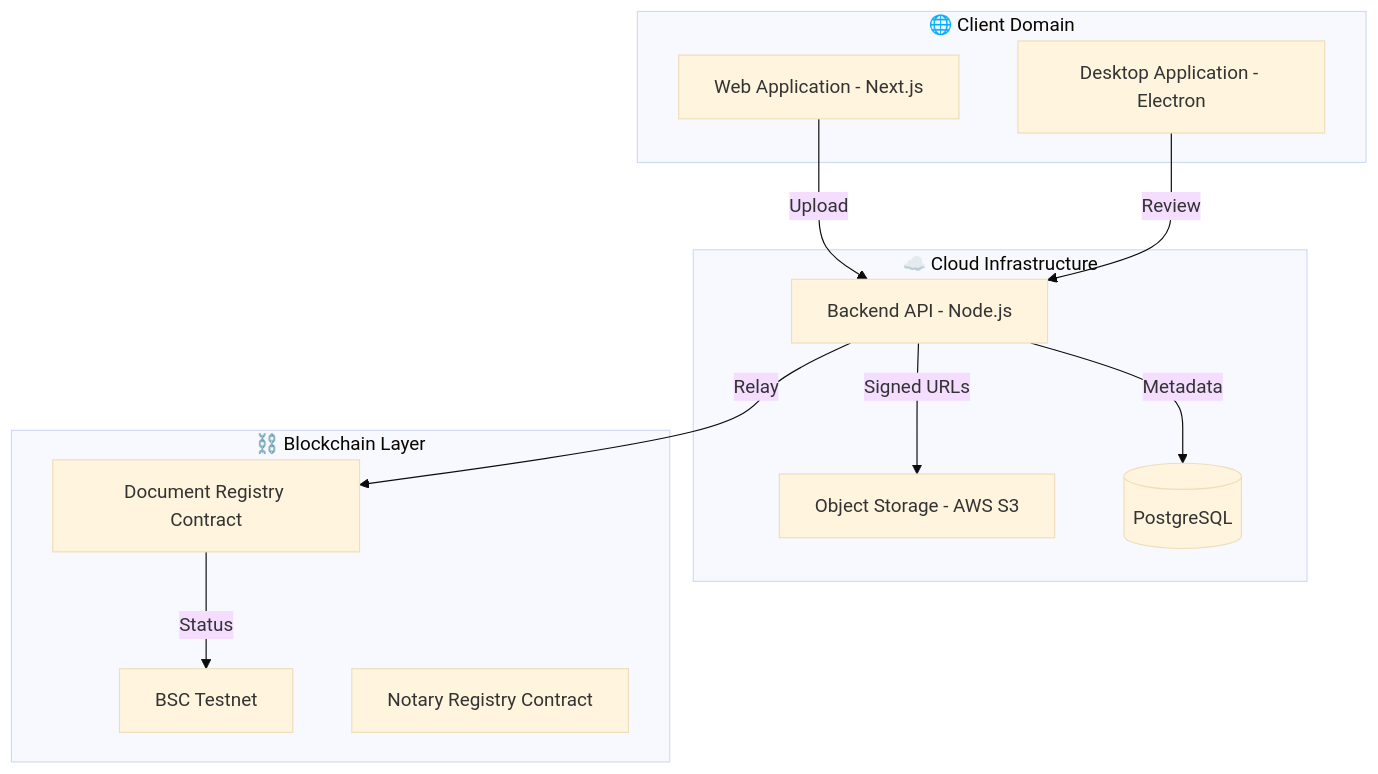
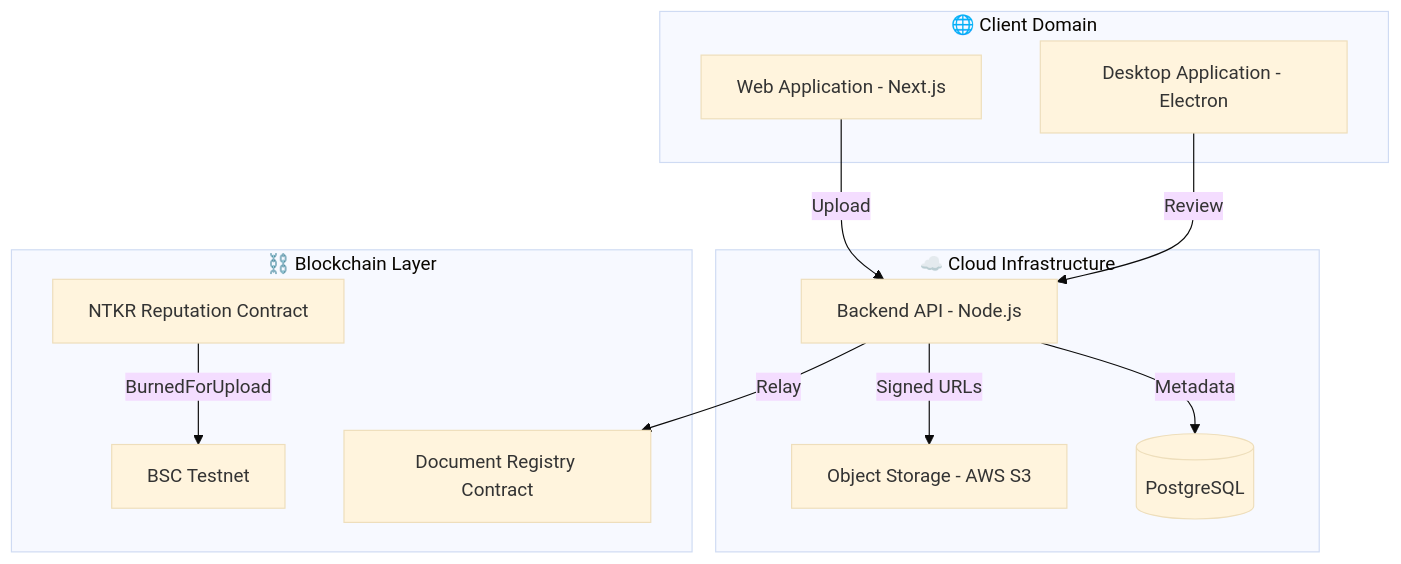
One commit to CoderShubhamMate/Block-Chain-Based-Secure-Notarization-System changed the first of 3 diagrams in README.md. Above: the diagram before and after it, drawn with Mermaid (base theme). The commit also changed other lines of this file, not shown here.

````diff
--- a/README.md
+++ b/README.md
@@ -11,26 +11,26 @@
 ```mermaid
 graph TD
     subgraph "🌐 Client Domain"
         Web[Web Application - Next.js]
         Desktop[Desktop Application - Electron]
     end
 
     subgraph "☁️ Cloud Infrastructure"
         API[Backend API - Node.js]
         S3[Object Storage - AWS S3]
         DB[(PostgreSQL)]
     end
 
     subgraph "⛓️ Blockchain Layer"
         BC[BSC Testnet]
         Registry[Document Registry Contract]
-        NotaryReg[Notary Registry Contract]
+        NTKR[NTKR Reputation Contract]
     end
 
     Web -->|Upload| API
     Desktop -->|Review| API
     API -->|Metadata| DB
     API -->|Signed URLs| S3
     API -->|Relay| Registry
-    Registry -->|Status| BC
+    NTKR -->|BurnedForUpload| BC
 ```
````
